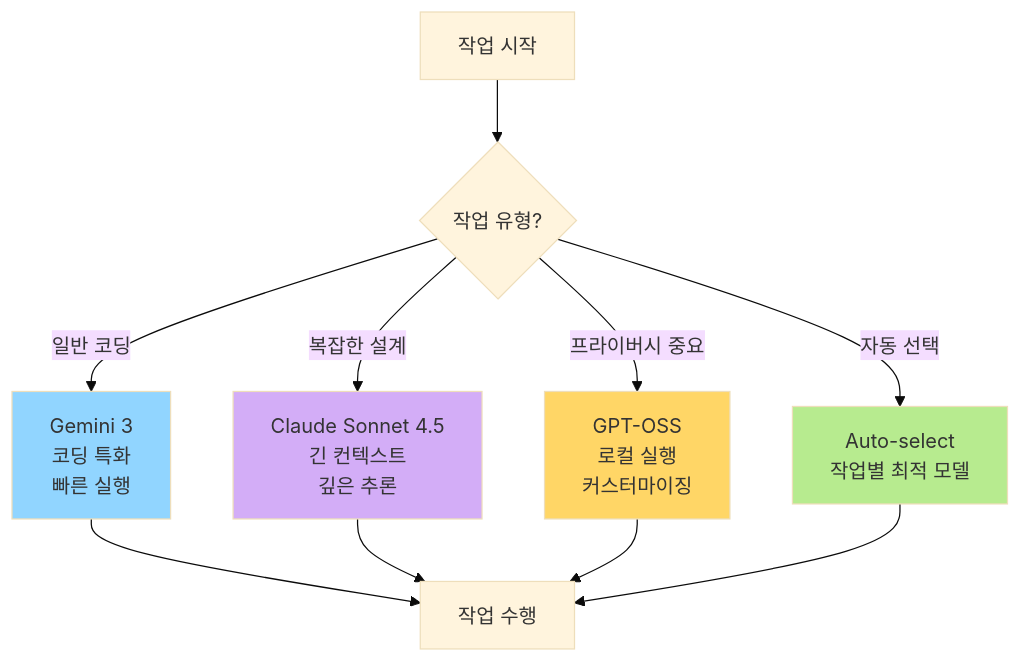
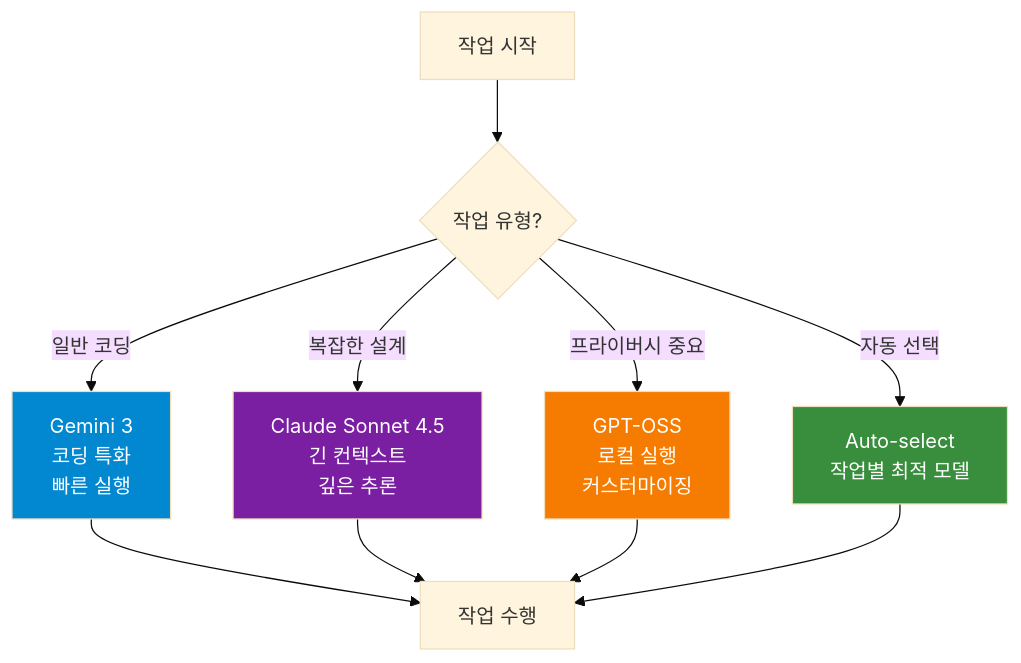
One commit to sskim91/TIL changed the fourth of 4 diagrams in ai/Google-Antigravity-에이전트-우선-개발-환경.md. Above: the diagram before and after it, drawn with Mermaid (base theme). The commit also changed other lines of this file and 1 other file, not shown here.

````diff
--- a/ai/Google-Antigravity-에이전트-우선-개발-환경.md
+++ b/ai/Google-Antigravity-에이전트-우선-개발-환경.md
@@ -272,19 +272,19 @@
 ```mermaid
 flowchart TD
     Start[작업 시작] --> Decision{작업 유형?}
 
     Decision -->|일반 코딩| Gemini[Gemini 3<br/>코딩 특화<br/>빠른 실행]
     Decision -->|복잡한 설계| Claude[Claude Sonnet 4.5<br/>긴 컨텍스트<br/>깊은 추론]
     Decision -->|프라이버시 중요| GPT[GPT-OSS<br/>로컬 실행<br/>커스터마이징]
     Decision -->|자동 선택| Auto[Auto-select<br/>작업별 최적 모델]
 
     Gemini --> Result[작업 수행]
     Claude --> Result
     GPT --> Result
     Auto --> Result
 
-    style Gemini fill:#91d5ff
-    style Claude fill:#d3adf7
-    style GPT fill:#ffd666
-    style Auto fill:#b7eb8f
+    style Gemini fill:#0288D1,color:#fff
+    style Claude fill:#7B1FA2,color:#fff
+    style GPT fill:#F57C00,color:#fff
+    style Auto fill:#388E3C,color:#fff
 ```
````
